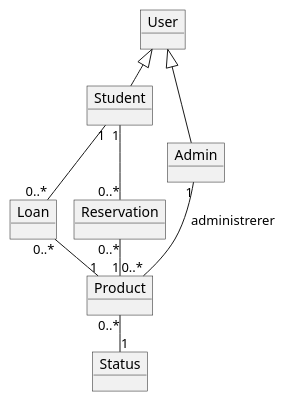
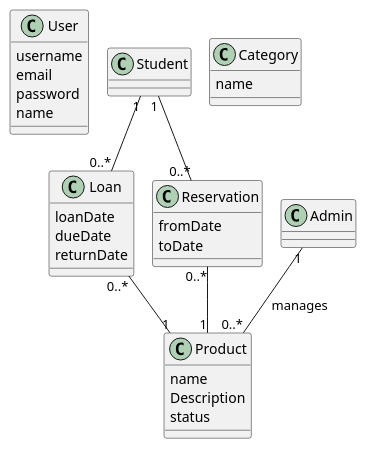
Before and after one commit to daud0095/Pet-Project: the diagram in docs/DomæneModel2.puml, drawn with PlantUML.

Commit message:
Domænemodel2 rettelse

```diff
--- a/docs/DomæneModel2.puml
+++ b/docs/DomæneModel2.puml
@@ -1,26 +1,44 @@
 @startuml
 !pragma layout smetana
+class User{
+  username
+  email
+  password
+  name
+}
 
+class Student{
+}
 
-object User
-object Student
-object Admin
-object Product
-object Loan
-object Reservation
-object Status
+class Admin{
+}
 
-User <|-- Student
-User <|-- Admin
+class Loan{
+  loanDate
+  dueDate
+  returnDate
+}
+
+class Reservation{
+  fromDate
+  toDate
+}
+
+class Category{
+  name
+}
+
+class Product{
+  name
+  Description
+  status
+}
 
 Student "1" -- "0..*" Loan
 Loan "0..*" -- "1" Product
 Student "1" -- "0..*" Reservation
 Reservation "0..*" -- "1" Product
-Product "0..*" -- "1" Status
-Admin "1" -- "0..*" Product : administrerer
 
-'ediedkiedk'
-
+Admin "1" -- "0..*" Product : manages
 
 @enduml
```
